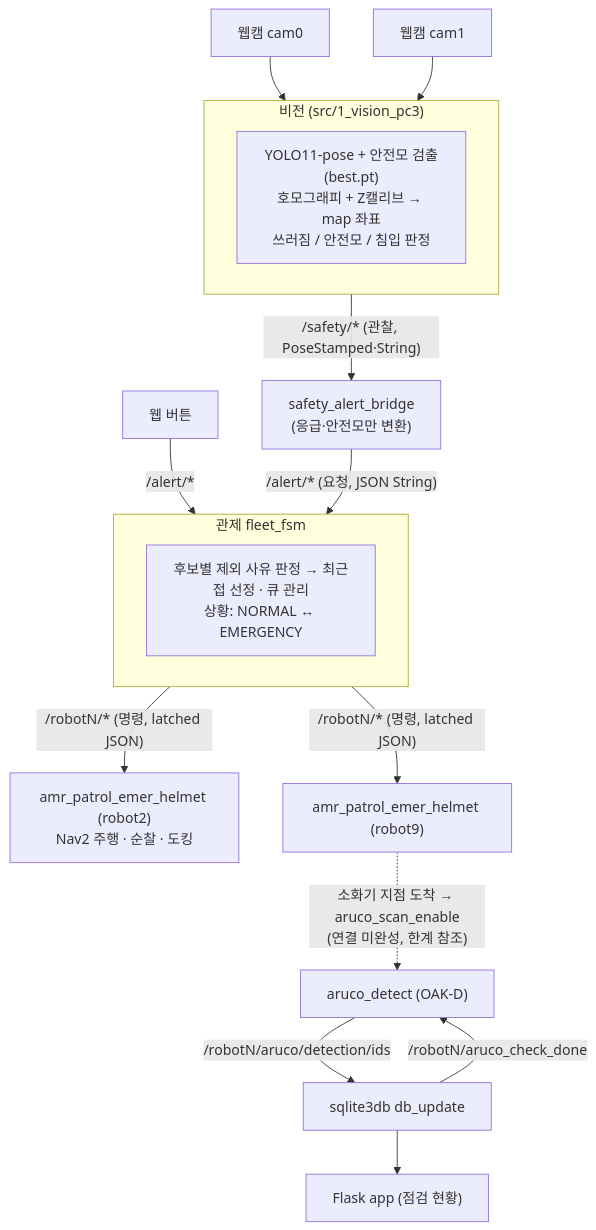
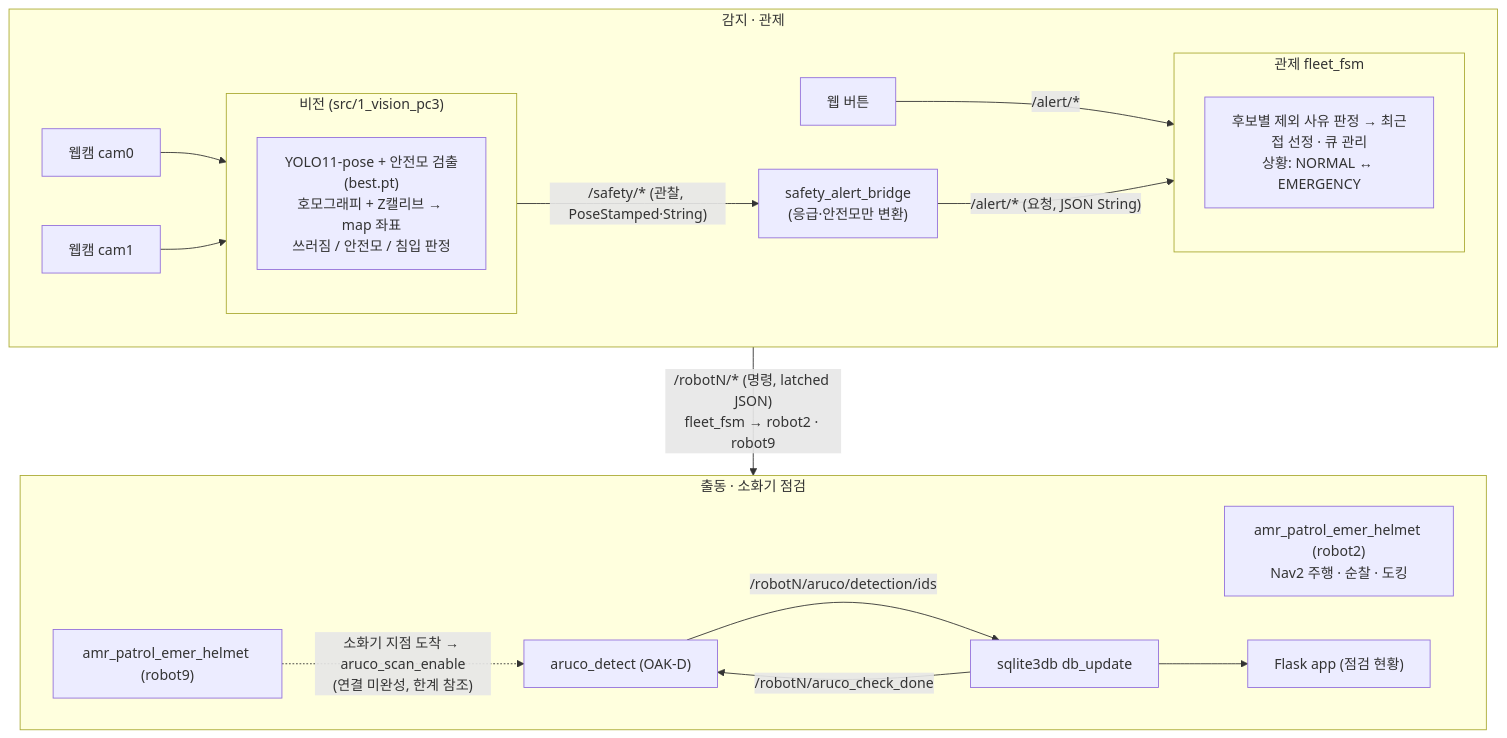
One commit to gwanhuiGIM/Rokey_intelli1 changed the diagram in README.md. Above: the diagram before and after it, drawn with Mermaid. The commit also changed other lines of this file, not shown here.

Commit message:
README: 구성도·흐름도를 기능 단위로 묶고 접음

````diff
--- a/README.md
+++ b/README.md
@@ -12,20 +15,27 @@
 ```mermaid
 flowchart TB
-    C0["웹캠 cam0"] --> VIS
-    C1["웹캠 cam1"] --> VIS
-    subgraph VIS["비전 (src/1_vision_pc3)"]
-        V["YOLO11-pose + 안전모 검출(best.pt)<br/>호모그래피 + Z캘리브 → map 좌표<br/>쓰러짐 / 안전모 / 침입 판정"]
+    subgraph DETECT["감지 · 관제"]
+        direction LR
+        C0["웹캠 cam0"] --> VIS
+        C1["웹캠 cam1"] --> VIS
+        subgraph VIS["비전 (src/1_vision_pc3)"]
+            V["YOLO11-pose + 안전모 검출(best.pt)<br/>호모그래피 + Z캘리브 → map 좌표<br/>쓰러짐 / 안전모 / 침입 판정"]
+        end
+        VIS -->|"/safety/* (관찰, PoseStamped·String)"| SAB["safety_alert_bridge<br/>(응급·안전모만 변환)"]
+        WEBBTN["웹 버튼"] -->|"/alert/*"| FSM
+        SAB -->|"/alert/* (요청, JSON String)"| FSM
+        subgraph FSM["관제 fleet_fsm"]
+            F["후보별 제외 사유 판정 → 최근접 선정 · 큐 관리<br/>상황: NORMAL ↔ EMERGENCY"]
+        end
     end
-    VIS -->|"/safety/* (관찰, PoseStamped·String)"| SAB["safety_alert_bridge<br/>(응급·안전모만 변환)"]
-    WEBBTN["웹 버튼"] -->|"/alert/*"| FSM
-    SAB -->|"/alert/* (요청, JSON String)"| FSM
-    subgraph FSM["관제 fleet_fsm"]
-        F["후보별 제외 사유 판정 → 최근접 선정 · 큐 관리<br/>상황: NORMAL ↔ EMERGENCY"]
+    DETECT -->|"/robotN/* (명령, latched JSON)<br/>fleet_fsm → robot2 · robot9"| FIELD
+    subgraph FIELD["출동 · 소화기 점검"]
+        direction LR
+        R2["amr_patrol_emer_helmet (robot2)<br/>Nav2 주행 · 순찰 · 도킹"]
+        R9["amr_patrol_emer_helmet (robot9)"]
+        R9 -.->|"소화기 지점 도착 → aruco_scan_enable<br/>(연결 미완성, 한계 참조)"| AR["aruco_detect (OAK-D)"]
+        AR -->|"/robotN/aruco/detection/ids"| DBU["sqlite3db db_update"]
+        DBU -->|"/robotN/aruco_check_done"| AR
+        DBU --> FL["Flask app (점검 현황)"]
     end
-    FSM -->|"/robotN/* (명령, latched JSON)"| R2["amr_patrol_emer_helmet (robot2)<br/>Nav2 주행 · 순찰 · 도킹"]
-    FSM -->|"/robotN/* (명령, latched JSON)"| R9["amr_patrol_emer_helmet (robot9)"]
-    R9 -.->|"소화기 지점 도착 → aruco_scan_enable<br/>(연결 미완성, 한계 참조)"| AR["aruco_detect (OAK-D)"]
-    AR -->|"/robotN/aruco/detection/ids"| DBU["sqlite3db db_update"]
-    DBU -->|"/robotN/aruco_check_done"| AR
-    DBU --> FL["Flask app (점검 현황)"]
 ```
````
